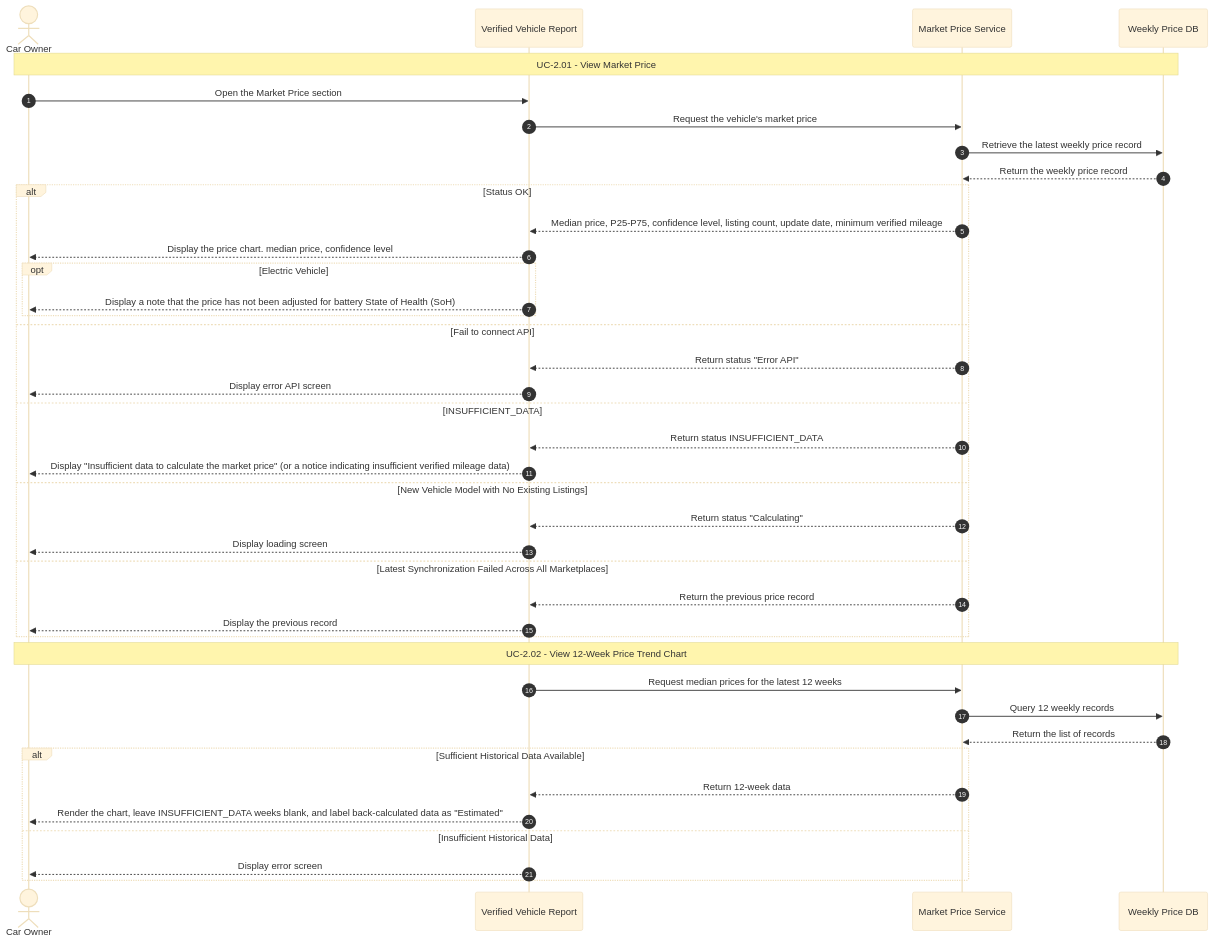
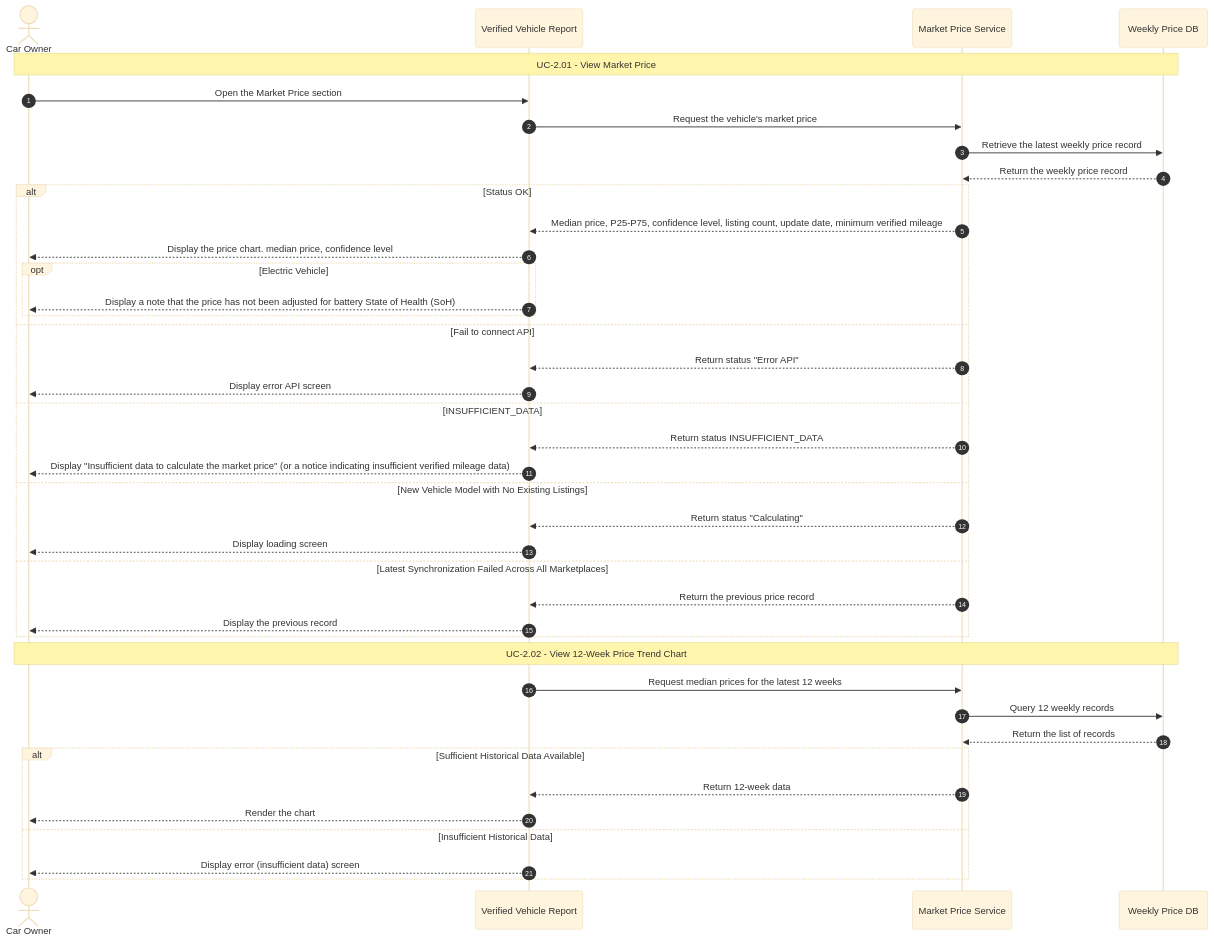
Before and after one commit to giangnhk63db/DBIZ-2_GROUP-A: the diagram in docs/use-case/sequence-diagram/S-05.md, drawn with Mermaid (base theme).

````diff
--- a/docs/use-case/sequence-diagram/S-05.md
+++ b/docs/use-case/sequence-diagram/S-05.md
@@ -9,46 +9,46 @@
 ```mermaid 
 sequenceDiagram
     autonumber
     actor Owner as Car Owner
     participant App as Verified Vehicle Report
     participant MP as Market Price Service
     participant DB as Weekly Price DB
 
     Note over Owner, DB: UC-2.01 - View Market Price
     Owner->>App: Open the Market Price section
     App->>MP: Request the vehicle's market price
     MP->>DB: Retrieve the latest weekly price record
     DB-->>MP: Return the weekly price record
 
     alt Status OK
         MP-->>App: Median price, P25-P75, confidence level, listing count, update date, minimum verified mileage
         App-->>Owner: Display the price chart. median price, confidence level
         opt Electric Vehicle
             App-->>Owner: Display a note that the price has not been adjusted for battery State of Health (SoH)
         end
     else Fail to connect API
         MP-->>App: Return status "Error API"
         App-->>Owner: Display error API screen
     else INSUFFICIENT_DATA
         MP-->>App: Return status INSUFFICIENT_DATA
         App-->>Owner: Display "Insufficient data to calculate the market price" (or a notice indicating insufficient verified mileage data)
     else New Vehicle Model with No Existing Listings
         MP-->>App: Return status "Calculating"
         App-->>Owner: Display loading screen
     else Latest Synchronization Failed Across All Marketplaces
         MP-->>App: Return the previous price record
         App-->>Owner: Display the previous record 
     end
 
     Note over Owner, DB: UC-2.02 - View 12-Week Price Trend Chart
     App->>MP: Request median prices for the latest 12 weeks
     MP->>DB: Query 12 weekly records
     DB-->>MP: Return the list of records
 
     alt Sufficient Historical Data Available
         MP-->>App: Return 12-week data
-        App-->>Owner: Render the chart, leave INSUFFICIENT_DATA weeks blank, and label back-calculated data as "Estimated"
+        App-->>Owner: Render the chart
     else Insufficient Historical Data
-        App-->>Owner: Display error screen
+        App-->>Owner: Display error (insufficient data) screen
     end
 ```
````
